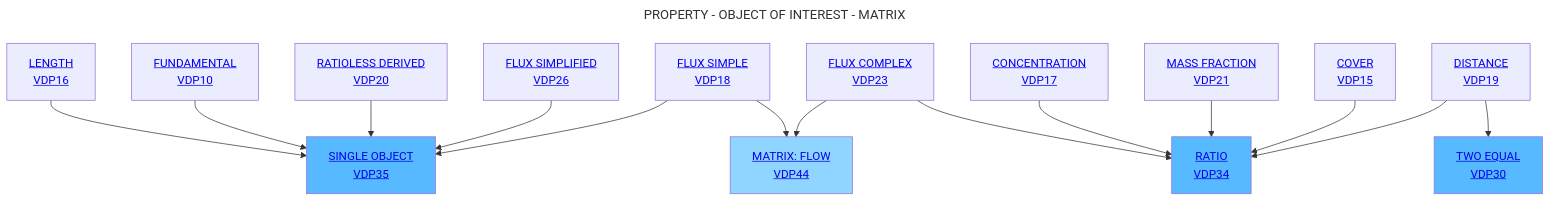
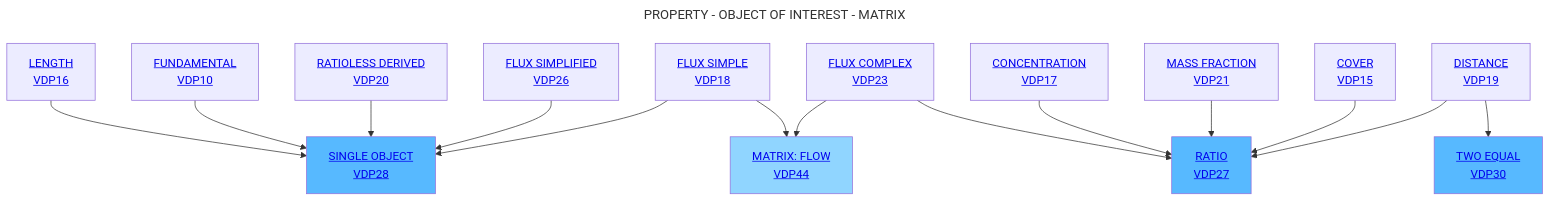
Before and after one commit to mabablue/I-ADOPT-patterns-playground: the diagram in Decisition_trees/DT6.mmd, drawn with Mermaid.

```diff
--- a/Decisition_trees/DT6.mmd
+++ b/Decisition_trees/DT6.mmd
@@ -1,20 +1,20 @@
 ---
 title: PROPERTY - OBJECT OF INTEREST - MATRIX
 ---
 flowchart TD
-    A[<a href='https://github.com/mabablue/I-ADOPT-patterns-playground/blob/main/pattern/VDP16.yaml'>LENGTH <br> VDP16</a>] --> C[<a href='https://github.com/mabablue/I-ADOPT-patterns-playground/blob/main/pattern/VDP35.yaml'>SINGLE OBJECT <br> VDP35</a>]:::satblue
+    A[<a href='https://github.com/mabablue/I-ADOPT-patterns-playground/blob/main/pattern/VDP16.yaml'>LENGTH <br> VDP16</a>] --> C[<a href='https://github.com/mabablue/I-ADOPT-patterns-playground/blob/main/pattern/VDP28.yaml'>SINGLE OBJECT <br> VDP28</a>]:::satblue
     B[<a href='https://github.com/mabablue/I-ADOPT-patterns-playground/blob/main/pattern/VDP10.yaml'>FUNDAMENTAL <br> VDP10</a>]  --> C
     D[<a href='https://github.com/mabablue/I-ADOPT-patterns-playground/blob/main/pattern/VDP20.yaml'>RATIOLESS DERIVED <br> VDP20</a>] --> C
     E[<a href='https://github.com/mabablue/I-ADOPT-patterns-playground/blob/main/pattern/VDP20.yaml'>FLUX SIMPLIFIED <br> VDP26</a>] --> C
     I[<a href='https://github.com/mabablue/I-ADOPT-patterns-playground/blob/main/pattern/VDP23.yaml'>FLUX COMPLEX <br> VDP23</a>] --> F  
     M[<a href='https://github.com/mabablue/I-ADOPT-patterns-playground/blob/main/pattern/VDP17.yaml'>CONCENTRATION <br> VDP17</a>] --> F
-    L[<a href='https://github.com/mabablue/I-ADOPT-patterns-playground/blob/main/pattern/VDP21.yaml'>MASS FRACTION <br> VDP21</a>] --> F[<a href='https://github.com/mabablue/I-ADOPT-patterns-playground/blob/main/pattern/VDP34.yaml'>RATIO <br> VDP34</a>]:::satblue
+    L[<a href='https://github.com/mabablue/I-ADOPT-patterns-playground/blob/main/pattern/VDP21.yaml'>MASS FRACTION <br> VDP21</a>] --> F[<a href='https://github.com/mabablue/I-ADOPT-patterns-playground/blob/main/pattern/VDP27.yaml'>RATIO <br> VDP27</a>]:::satblue
     Q[<a href='https://github.com/mabablue/I-ADOPT-patterns-playground/blob/main/pattern/VDP18.yaml'>FLUX SIMPLE <br> VDP18</a>] --> C
     P[<a href='https://github.com/mabablue/I-ADOPT-patterns-playground/blob/main/pattern/VDP15.yaml'>COVER <br> VDP15</a>] --> F
     Q --> K[<a href='https://github.com/mabablue/I-ADOPT-patterns-playground/blob/main/pattern/VDP44.yaml'>MATRIX: FLOW <br> VDP44</a>]:::blue
     G[<a href='https://github.com/mabablue/I-ADOPT-patterns-playground/blob/main/pattern/VDP23.yaml'>DISTANCE <br> VDP19</a>] --> F 
     G --> R[<a href='https://github.com/mabablue/I-ADOPT-patterns-playground/blob/main/pattern/VDP30.yaml'>TWO EQUAL <br> VDP30</a>]:::satblue
     I --> K
 
    classDef blue fill:#90D5FF
    classDef satblue fill:#57B9FF
```
